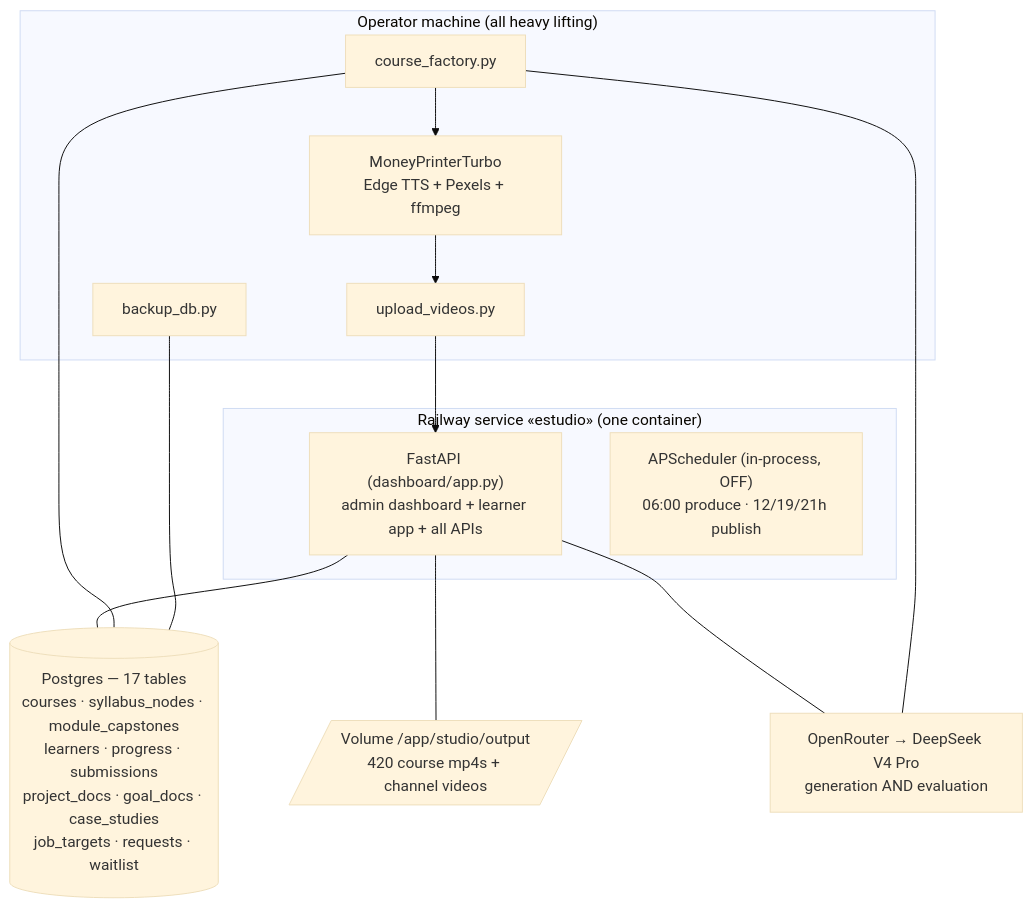
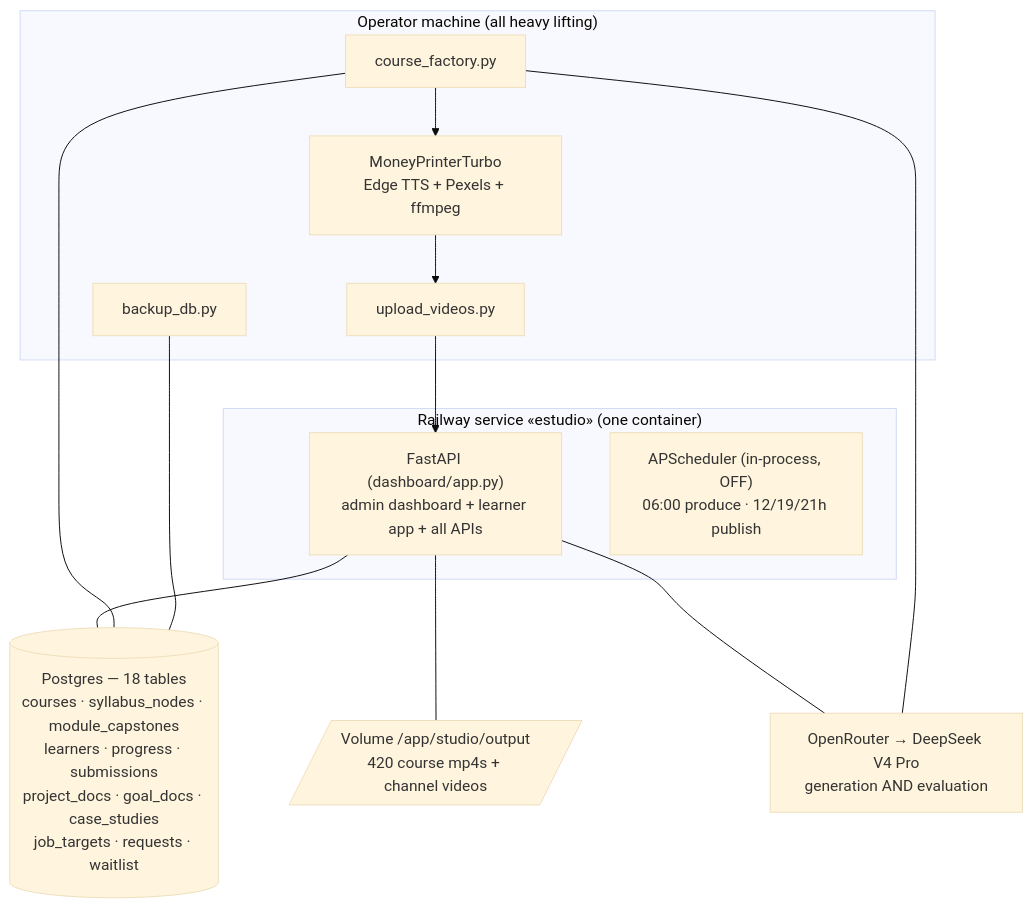
One commit to JtPerez-Acle/rumbo changed the diagram in docs/03-architecture.md. Above: the diagram before and after it, drawn with Mermaid (base theme). The commit also changed other lines of this file and 4 other files, not shown here.

````diff
--- a/docs/03-architecture.md
+++ b/docs/03-architecture.md
@@ -8,23 +8,23 @@
 ```mermaid
 flowchart TB
     subgraph Railway ["Railway service «estudio» (one container)"]
         APP["FastAPI (dashboard/app.py)\nadmin dashboard + learner app + all APIs"]
         SCHED["APScheduler (in-process, OFF)\n06:00 produce · 12/19/21h publish"]
     end
-    PG[("Postgres — 17 tables\ncourses · syllabus_nodes · module_capstones\nlearners · progress · submissions\nproject_docs · goal_docs · case_studies\njob_targets · requests · waitlist")]
+    PG[("Postgres — 18 tables\ncourses · syllabus_nodes · module_capstones\nlearners · progress · submissions\nproject_docs · goal_docs · case_studies\njob_targets · requests · waitlist")]
     VOL[/"Volume /app/studio/output\n420 course mp4s + channel videos"/]
     OR["OpenRouter → DeepSeek V4 Pro\ngeneration AND evaluation"]
     APP --- PG
     APP --- VOL
     APP --- OR
     subgraph Local ["Operator machine (all heavy lifting)"]
         FACTORY["course_factory.py"]
         MPT["MoneyPrinterTurbo\nEdge TTS + Pexels + ffmpeg"]
         UP["upload_videos.py"]
         BK["backup_db.py"]
     end
     FACTORY --> MPT --> UP --> APP
     FACTORY --- PG
     FACTORY --- OR
     BK --- PG
 ```
````
